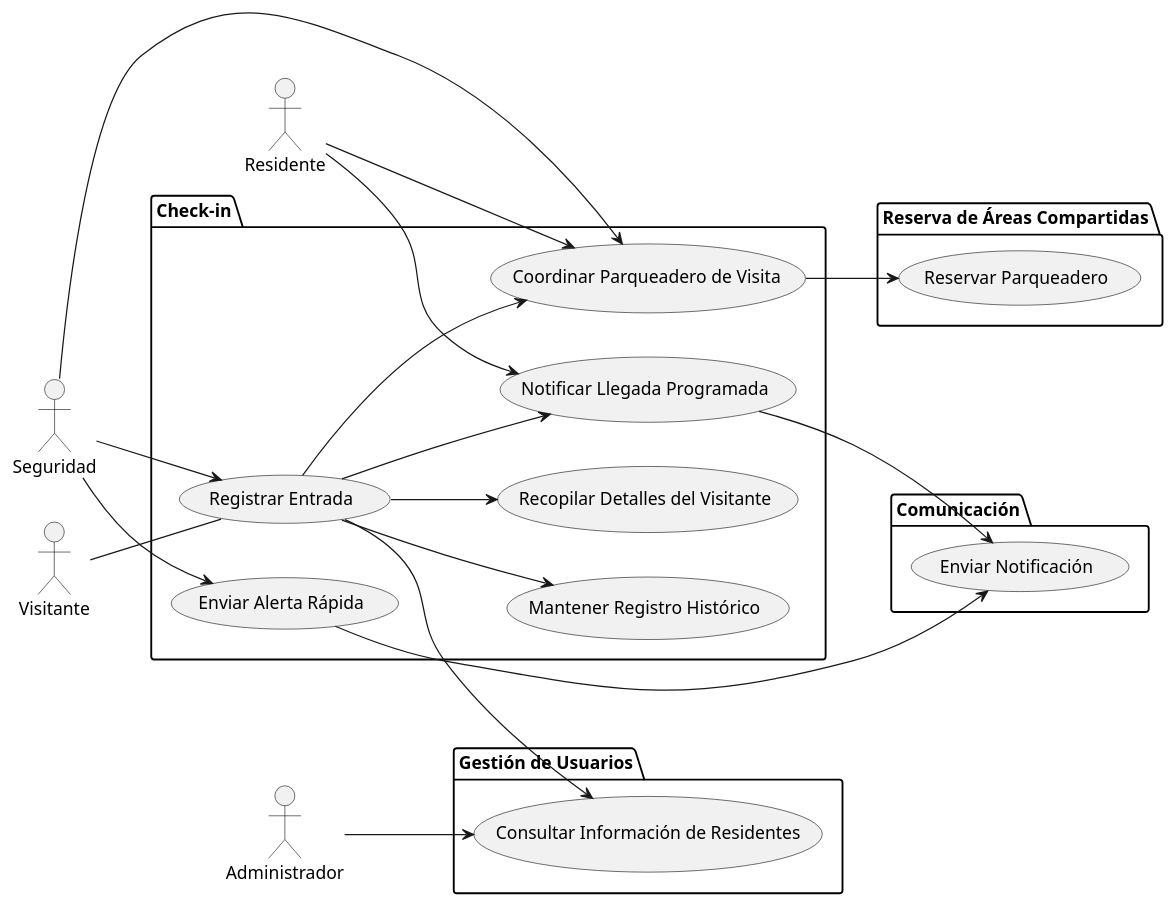
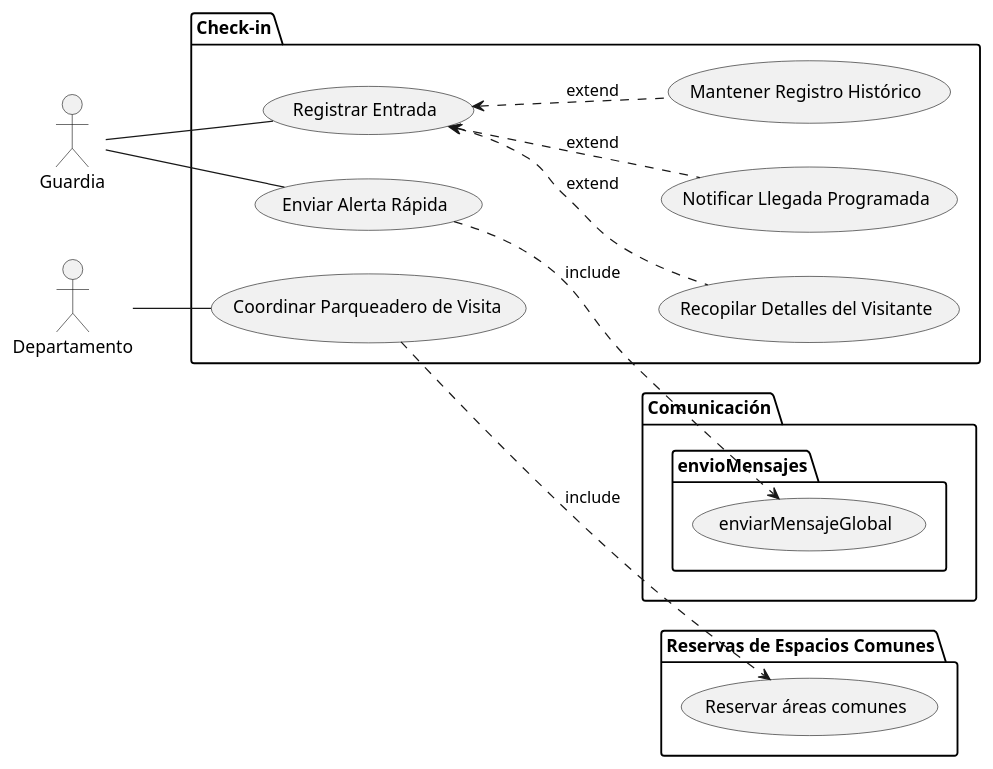
The diagram in Diagramas/CasosDeUso_GrupoE_Check-In/CasosDeUso.puml (richardriverag/ProyectoDiseno24B), drawn with PlantUML before and after one commit.

Commit message:
Modify(Check-in): Update use case

```diff
--- a/Diagramas/CasosDeUso_GrupoE_Check-In/CasosDeUso.puml
+++ b/Diagramas/CasosDeUso_GrupoE_Check-In/CasosDeUso.puml
@@ -1,49 +1,40 @@
 @startuml
 left to right direction
 
-actor "Visitante" as visitante
-actor "Residente" as residente
-actor "Seguridad" as seguridad
-actor "Administrador" as administrador
+actor "Departamento" as residente
+actor "Guardia" as seguridad
 
 package "Check-in" {
     usecase "Registrar Entrada" as registrarEntrada
     usecase "Recopilar Detalles del Visitante" as recopilarDetalles
     usecase "Notificar Llegada Programada" as notificarLlegada
     usecase "Mantener Registro Histórico" as mantenerRegistro
     usecase "Enviar Alerta Rápida" as enviarAlerta
     usecase "Coordinar Parqueadero de Visita" as coordinarParqueadero
 }
 
-package "Gestión de Usuarios" {
-    usecase "Consultar Información de Residentes" as consultarInfoResidentes
+package "Reservas de Espacios Comunes"{
+   usecase "Reservar áreas comunes" as reservarAC
 }
 
-package "Comunicación" {
-    usecase "Enviar Notificación" as enviarNotificacion
+package "Comunicación"{
+package envioMensajes{
+usecase "enviarMensajeGlobal" as mensajeGlobal
 }
 
-package "Reserva de Áreas Compartidas" {
-    usecase "Reservar Parqueadero" as reservarParqueadero
 }
 
-visitante -- registrarEntrada
-registrarEntrada --> recopilarDetalles
-registrarEntrada --> notificarLlegada
-registrarEntrada --> coordinarParqueadero
-registrarEntrada --> mantenerRegistro
 
-notificarLlegada --> enviarNotificacion
-enviarAlerta --> enviarNotificacion
+registrarEntrada <.. recopilarDetalles : extend
+registrarEntrada <.. notificarLlegada : extend
+registrarEntrada <.. mantenerRegistro : extend
 
-seguridad --> enviarAlerta
-seguridad --> registrarEntrada
-seguridad --> coordinarParqueadero
 
-residente --> notificarLlegada
-residente --> coordinarParqueadero
+seguridad -down- enviarAlerta
+seguridad -left- registrarEntrada
 
-administrador --> consultarInfoResidentes
-registrarEntrada --> consultarInfoResidentes
-coordinarParqueadero --> reservarParqueadero
+residente -- coordinarParqueadero
+
+reservarAC <.up. coordinarParqueadero : include
+mensajeGlobal <.up. enviarAlerta : include
 @enduml
```
